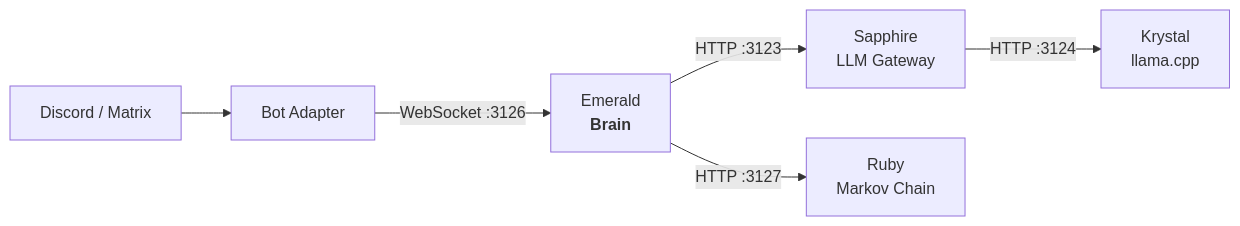
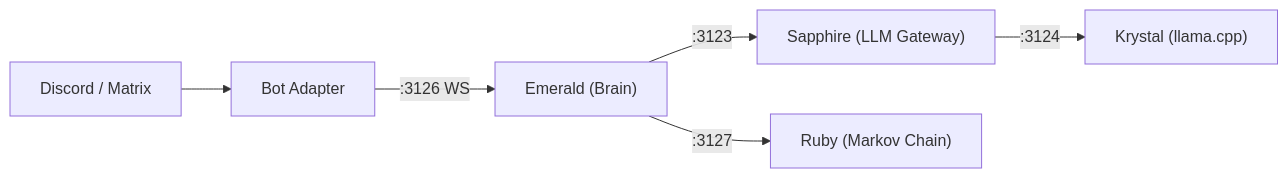
The diagram in README.md (protocol-luna/emerald), drawn with Mermaid before and after one commit.

Commit message:
fix: replace graph+br with flowchart for Mermaid compat

````diff
--- a/README.md
+++ b/README.md
@@ -26,8 +26,8 @@
 ```mermaid
-graph LR
+flowchart LR
     Platform["Discord / Matrix"] --> Bot["Bot Adapter"]
-    Bot -- "WebSocket :3126" --> Emerald["Emerald<br/><strong>Brain</strong>"]
-    Emerald -- "HTTP :3123" --> Sapphire["Sapphire<br/>LLM Gateway"]
-    Sapphire -- "HTTP :3124" --> Krystal["Krystal<br/>llama.cpp"]
-    Emerald -- "HTTP :3127" --> Ruby["Ruby<br/>Markov Chain"]
+    Bot -- ":3126 WS" --> Emerald["Emerald (Brain)"]
+    Emerald -- ":3123" --> Sapphire["Sapphire (LLM Gateway)"]
+    Sapphire -- ":3124" --> Krystal["Krystal (llama.cpp)"]
+    Emerald -- ":3127" --> Ruby["Ruby (Markov Chain)"]
 ```
````
